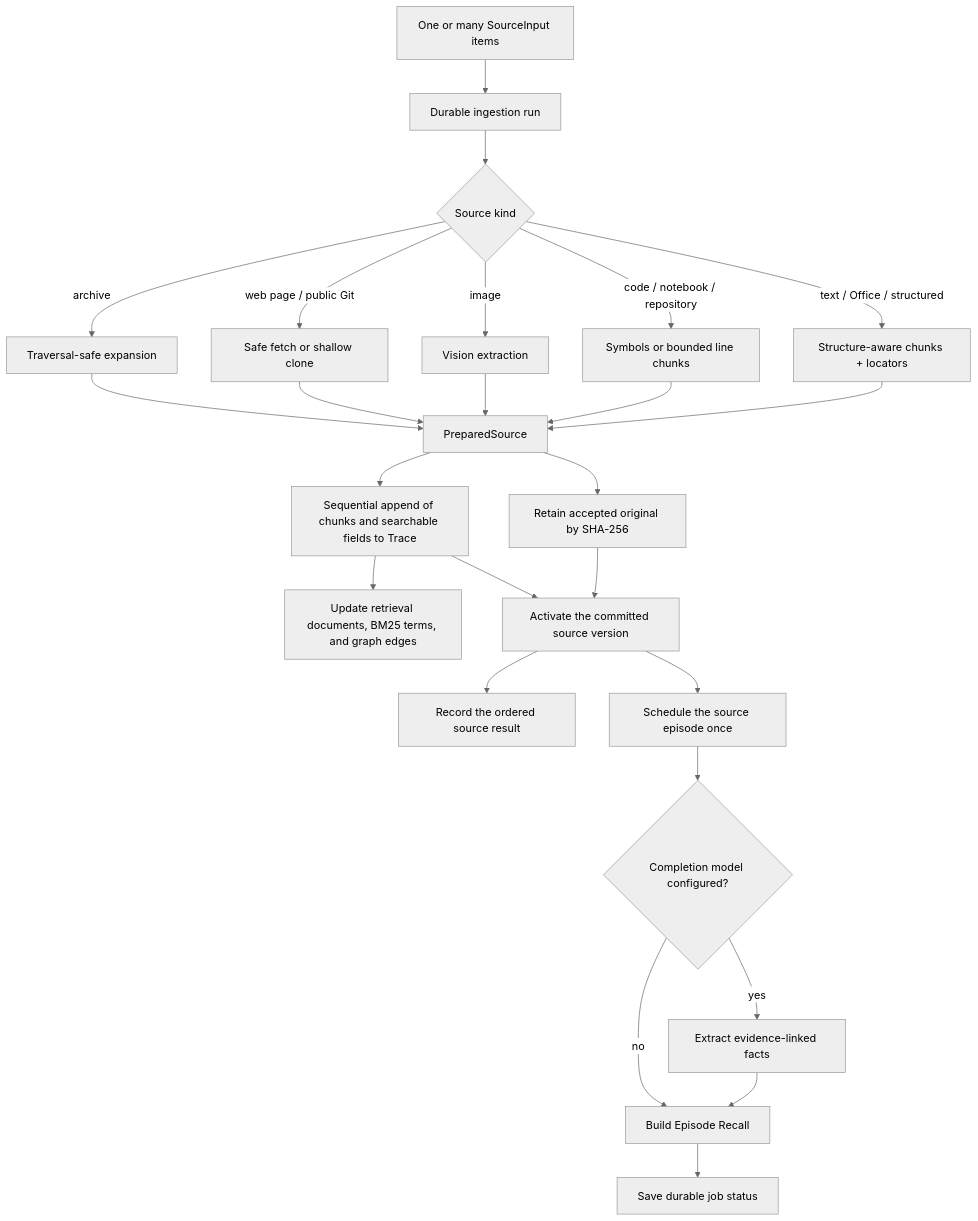
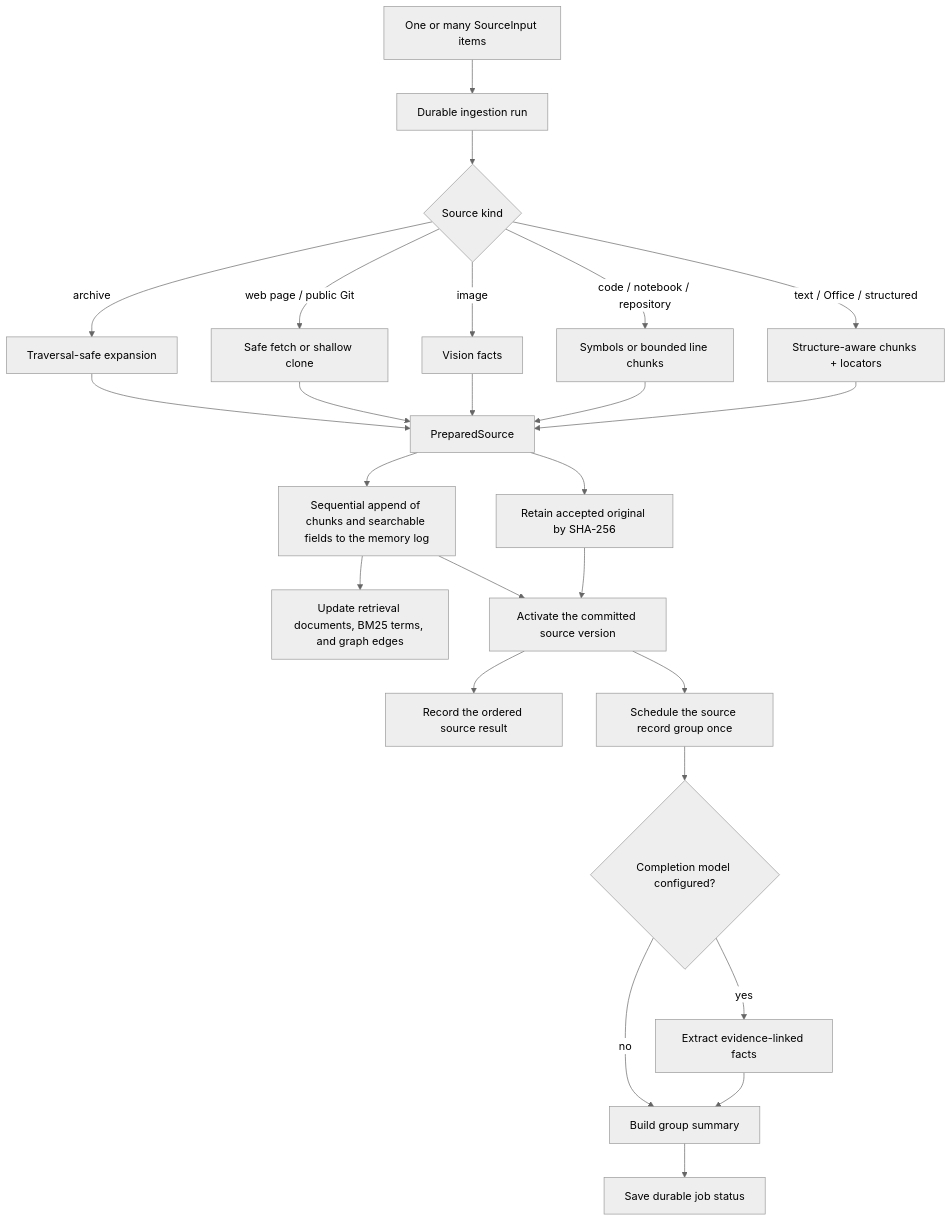
Before and after one commit to shanmukh05/trisynapse-memory: the fourth of 13 diagrams in docs/architecture.md, drawn with Mermaid (neutral theme). The commit also changed other lines of this file and 67 other files, not shown here.

````diff
--- a/docs/architecture.md
+++ b/docs/architecture.md
@@ -261,27 +282,27 @@
 ```mermaid
 flowchart TD
     S["One or many SourceInput items"] --> RUN["Durable ingestion run"]
     RUN --> K{"Source kind"}
     K -->|"text / Office / structured"| T["Structure-aware chunks + locators"]
     K -->|"code / notebook / repository"| C["Symbols or bounded line chunks"]
-    K -->|"image"| I["Vision extraction"]
+    K -->|"image"| I["Vision facts"]
     K -->|"web page / public Git"| N["Safe fetch or shallow clone"]
     K -->|"archive"| A["Traversal-safe expansion"]
     T --> PS["PreparedSource"]
     C --> PS
     I --> PS
     N --> PS
     A --> PS
     PS --> B["Retain accepted original by SHA-256"]
-    PS --> O["Sequential append of chunks and searchable fields to Trace"]
+    PS --> O["Sequential append of chunks and searchable fields to the memory log"]
     O --> IDX["Update retrieval documents, BM25 terms, and graph edges"]
     B --> ACTIVE["Activate the committed source version"]
     O --> ACTIVE
     ACTIVE --> RESULT["Record the ordered source result"]
-    ACTIVE --> J["Schedule the source episode once"]
+    ACTIVE --> J["Schedule the source record group once"]
     J --> CP{"Completion model configured?"}
     CP -->|"yes"| X["Extract evidence-linked facts"]
-    X --> E["Build Episode Recall"]
+    X --> E["Build group summary"]
     CP -->|"no"| E
     E --> JOB["Save durable job status"]
 ```
````
